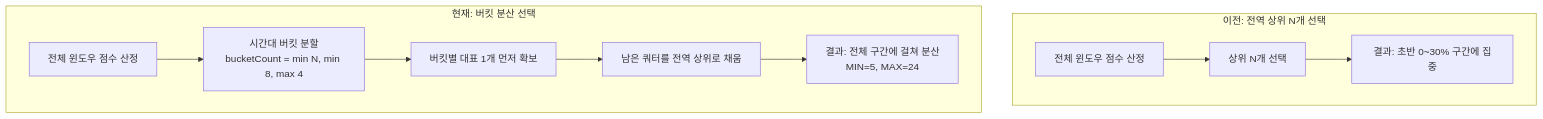
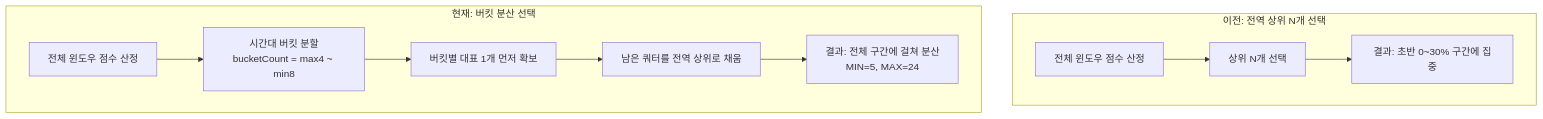
Diagram 24 of 25 in docs/design/30_system_reliability.md (oneul0/Project-neul), drawn with Mermaid before and after one commit. The commit also changed other lines of this file, not shown here.

````diff
--- a/docs/design/30_system_reliability.md
+++ b/docs/design/30_system_reliability.md
@@ -690,14 +701,14 @@
 ```mermaid
 flowchart TD
     subgraph Before [이전: 전역 상위 N개 선택]
         B1[전체 윈도우 점수 산정] --> B2[상위 N개 선택]
         B2 --> B3[결과: 초반 0~30% 구간에 집중]
     end
 
     subgraph After [현재: 버킷 분산 선택]
-        A1[전체 윈도우 점수 산정] --> A2[시간대 버킷 분할\nbucketCount = min N, min 8, max 4]
+        A1[전체 윈도우 점수 산정] --> A2[시간대 버킷 분할\nbucketCount = max4 ~ min8]
         A2 --> A3[버킷별 대표 1개 먼저 확보]
         A3 --> A4[남은 쿼터를 전역 상위로 채움]
         A4 --> A5[결과: 전체 구간에 걸쳐 분산\nMIN=5, MAX=24]
     end
 ```
````
